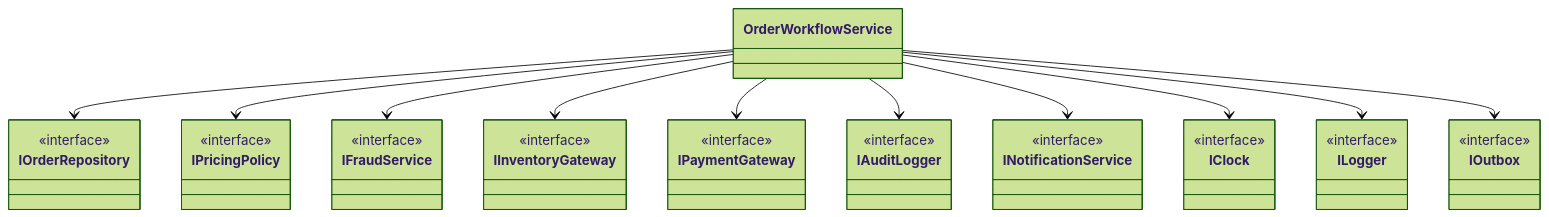
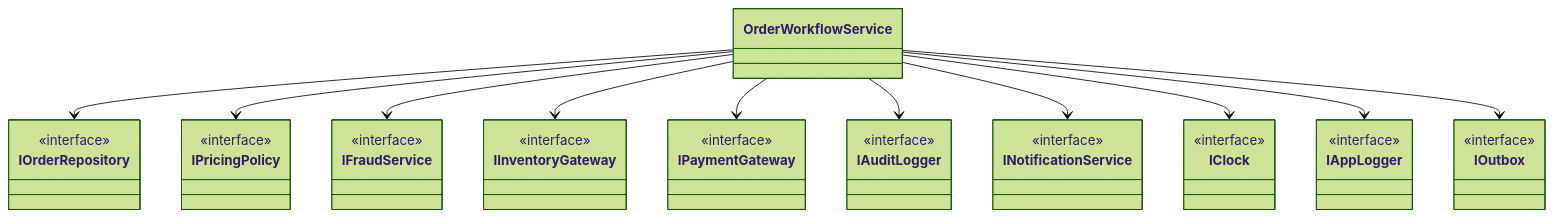
Diagram 14 of 22 in presentations/10-dependency-injection.md (jeff-adkisson/swe-4743-spring-2026-oo-design), drawn with Mermaid (forest theme) before and after one commit. The commit also changed other lines of this file and 2 other files, not shown here.

````diff
--- a/presentations/10-dependency-injection.md
+++ b/presentations/10-dependency-injection.md
@@ -872,27 +876,27 @@
 ```mermaid
 classDiagram
 direction TB
 
 class OrderWorkflowService
 class IOrderRepository { <<interface>> }
 class IPricingPolicy { <<interface>> }
 class IFraudService { <<interface>> }
 class IInventoryGateway { <<interface>> }
 class IPaymentGateway { <<interface>> }
 class IAuditLogger { <<interface>> }
 class INotificationService { <<interface>> }
 class IClock { <<interface>> }
-class ILogger { <<interface>> }
+class IAppLogger { <<interface>> }
 class IOutbox { <<interface>> }
 
 OrderWorkflowService --> IOrderRepository
 OrderWorkflowService --> IPricingPolicy
 OrderWorkflowService --> IFraudService
 OrderWorkflowService --> IInventoryGateway
 OrderWorkflowService --> IPaymentGateway
 OrderWorkflowService --> IAuditLogger
 OrderWorkflowService --> INotificationService
 OrderWorkflowService --> IClock
-OrderWorkflowService --> ILogger
+OrderWorkflowService --> IAppLogger
 OrderWorkflowService --> IOutbox
 ```
````
